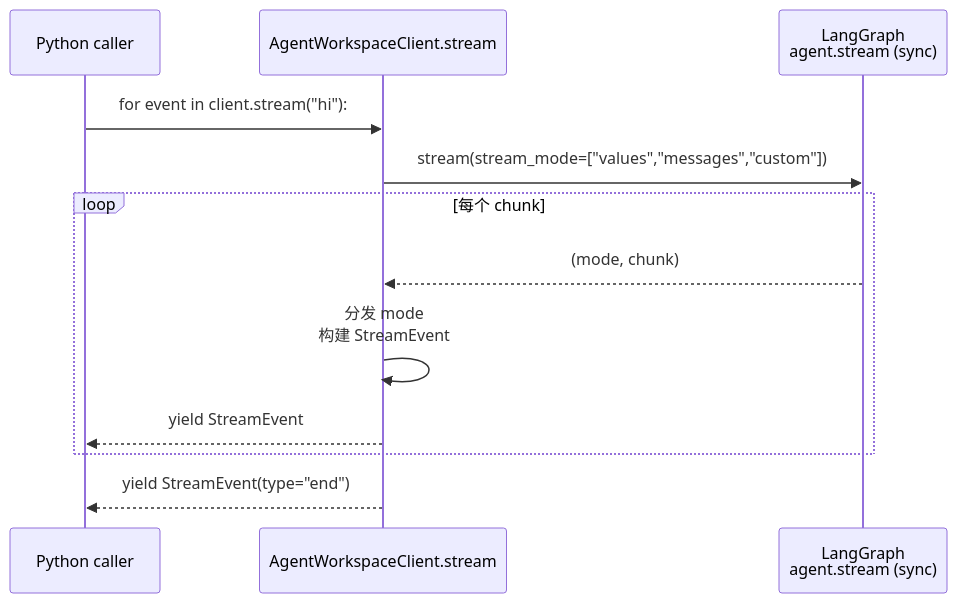
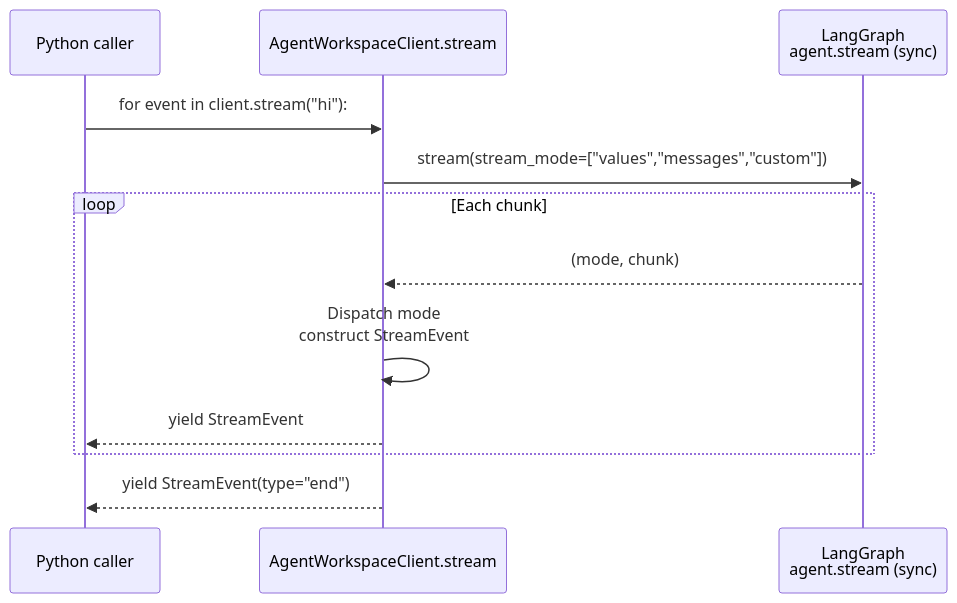
The third of 4 diagrams in backend/docs/STREAMING.md (itsPremkumar/alpha), drawn with Mermaid before and after one commit. The commit also changed other lines of this file and 60 other files, not shown here.

````diff
--- a/backend/docs/STREAMING.md
+++ b/backend/docs/STREAMING.md
@@ -172,15 +165,15 @@
 ```mermaid
 sequenceDiagram
     participant User as Python caller
     participant Client as AgentWorkspaceClient.stream
     participant Agent as LangGraph<br/>agent.stream (sync)
 
     User->>Client: for event in client.stream("hi"):
     Client->>Agent: stream(stream_mode=["values","messages","custom"])
-    loop 每个 chunk
+    loop Each chunk
         Agent-->>Client: (mode, chunk)
-        Client->>Client: 分发 mode<br/>构建 StreamEvent
+        Client->>Client: Dispatch mode<br/>construct StreamEvent
         Client-->>User: yield StreamEvent
     end
     Client-->>User: yield StreamEvent(type="end")
 ```
````
